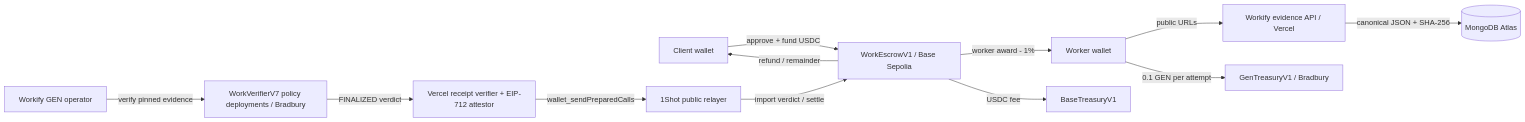
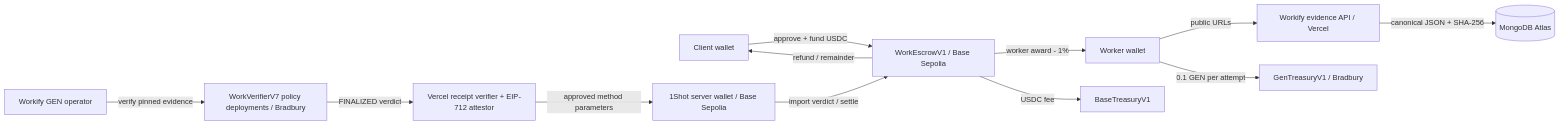
Before and after one commit to TS-mfon/workify-protocol: the first of 2 diagrams in README.md, drawn with Mermaid. The commit also changed other lines of this file and 23 other files, not shown here.

Commit message:
replace relay with 1Shot server wallet

````diff
--- a/README.md
+++ b/README.md
@@ -34,14 +34,14 @@
 ```mermaid
 flowchart LR
   C[Client wallet] -->|approve + fund USDC| E[WorkEscrowV1 / Base Sepolia]
   W[Worker wallet] -->|public URLs| A[Workify evidence API / Vercel]
   A -->|canonical JSON + SHA-256| M[(MongoDB Atlas)]
   W -->|0.1 GEN per attempt| T[GenTreasuryV1 / Bradbury]
   O[Workify GEN operator] -->|verify pinned evidence| V[WorkVerifierV7 policy deployments / Bradbury]
   V -->|FINALIZED verdict| R[Vercel receipt verifier + EIP-712 attestor]
-  R -->|wallet_sendPreparedCalls| S[1Shot public relayer]
+  R -->|approved method parameters| S[1Shot server wallet / Base Sepolia]
   S -->|import verdict / settle| E
   E -->|worker award - 1%| W
   E -->|refund / remainder| C
   E -->|USDC fee| BT[BaseTreasuryV1]
 ```
````
